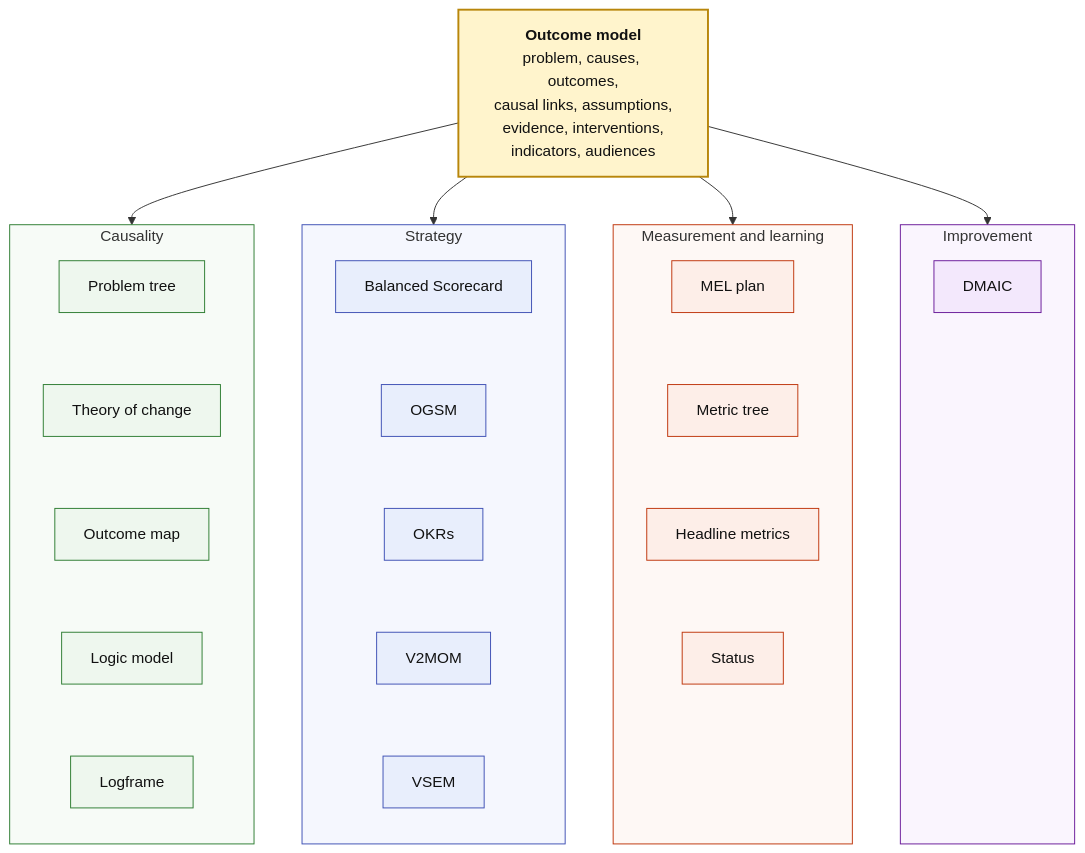
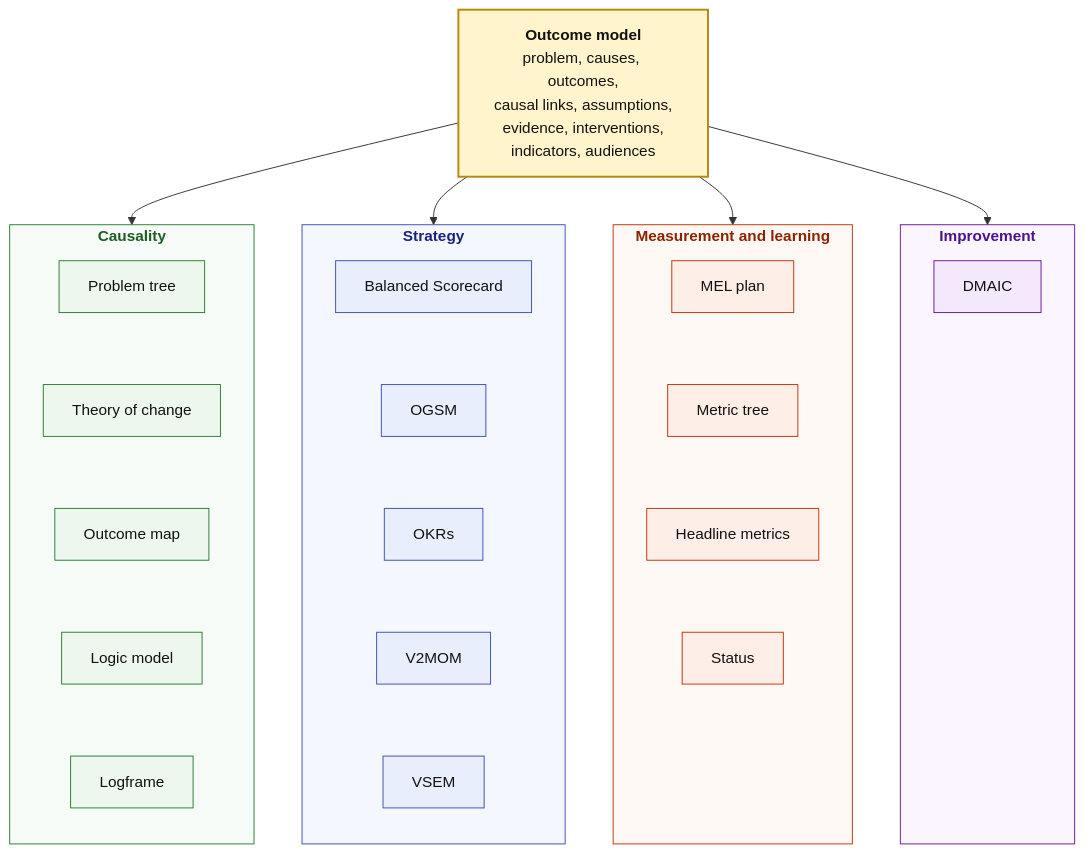
Before and after one commit to ProductBuildersHQ/impact-model: the first of 4 diagrams in docs/index.md, drawn with Mermaid. The commit also changed 1 other file, not shown here.

Commit message:
docs: make the view columns' headings and heights even
The column headings are bold and dark in each view's colour, and the
spacers under the shorter columns are boxes with hidden borders, so every
column is as tall as the others.

Refs: RMI-IMPACTMODEL-028

````diff
--- a/docs/index.md
+++ b/docs/index.md
@@ -36,38 +36,38 @@
 ```mermaid
 flowchart TB
   classDef model fill:#fff4cc,stroke:#b8860b,stroke-width:2px,color:#111
   classDef causal fill:#eef7ee,stroke:#2e7d32,color:#111
   classDef strategy fill:#e8eefc,stroke:#3f51b5,color:#111
   classDef measure fill:#fdeee8,stroke:#bf360c,color:#111
   classDef improve fill:#f3e8fc,stroke:#6a1b9a,color:#111
-  classDef spacer fill:none,stroke:none,color:transparent
+  classDef spacer fill:transparent,stroke:transparent,stroke-width:1px,color:transparent
 
   om["<b>Outcome model</b><br/>problem, causes, outcomes,<br/>causal links, assumptions,<br/>evidence, interventions,<br/>indicators, audiences"]:::model
 
-  subgraph causality["Causality"]
+  subgraph causality["<b>Causality</b>"]
     direction TB
     pt["Problem tree"]:::causal ~~~ toc["Theory of change"]:::causal ~~~ omap["Outcome map"]:::causal ~~~ lm["Logic model"]:::causal ~~~ lf["Logframe"]:::causal
   end
-  subgraph strategy["Strategy"]
+  subgraph strategy["<b>Strategy</b>"]
     direction TB
     bs["Balanced Scorecard"]:::strategy ~~~ og["OGSM"]:::strategy ~~~ okr["OKRs"]:::strategy ~~~ v2["V2MOM"]:::strategy ~~~ vs["VSEM"]:::strategy
   end
-  subgraph measurement["Measurement and learning"]
+  subgraph measurement["<b>Measurement and learning</b>"]
     direction TB
-    ml["MEL plan"]:::measure ~~~ mt["Metric tree"]:::measure ~~~ hm["Headline metrics"]:::measure ~~~ st["Status"]:::measure ~~~ m5["-"]:::spacer
+    ml["MEL plan"]:::measure ~~~ mt["Metric tree"]:::measure ~~~ hm["Headline metrics"]:::measure ~~~ st["Status"]:::measure ~~~ m5["DMAIC"]:::spacer
   end
-  subgraph improvement["Improvement"]
+  subgraph improvement["<b>Improvement</b>"]
     direction TB
-    dm["DMAIC"]:::improve ~~~ i2["-"]:::spacer ~~~ i3["-"]:::spacer ~~~ i4["-"]:::spacer ~~~ i5["-"]:::spacer
+    dm["DMAIC"]:::improve ~~~ i2["DMAIC"]:::spacer ~~~ i3["DMAIC"]:::spacer ~~~ i4["DMAIC"]:::spacer ~~~ i5["DMAIC"]:::spacer
   end
 
   om --> causality
   om --> strategy
   om --> measurement
   om --> improvement
 
-  style causality fill:#f7fbf7,stroke:#2e7d32
-  style strategy fill:#f5f7fe,stroke:#3f51b5
-  style measurement fill:#fef8f5,stroke:#bf360c
-  style improvement fill:#faf5fe,stroke:#6a1b9a
+  style causality fill:#f7fbf7,stroke:#2e7d32,color:#1b5e20
+  style strategy fill:#f5f7fe,stroke:#3f51b5,color:#1a237e
+  style measurement fill:#fef8f5,stroke:#bf360c,color:#8a2400
+  style improvement fill:#faf5fe,stroke:#6a1b9a,color:#4a148c
 ```
````
